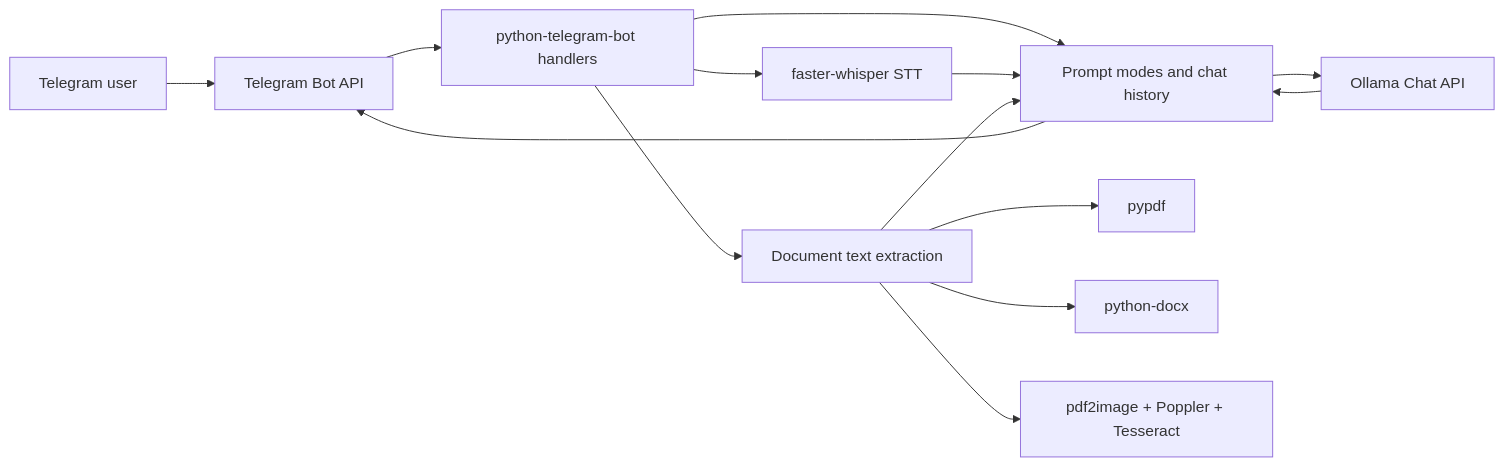
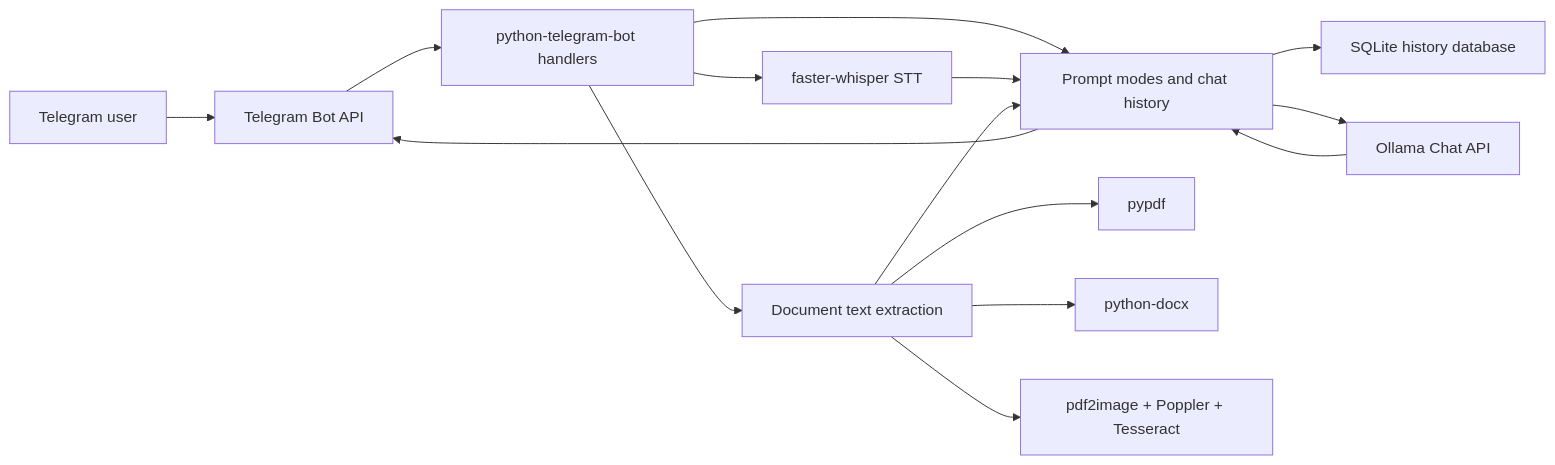
One commit to almiroshin/telegram-ollama-bot changed the diagram in docs/ARCHITECTURE.md. Above: the diagram before and after it, drawn with Mermaid. The commit also changed other lines of this file and 13 other files, not shown here.

Commit message:
feat: persist chat history in SQLite

````diff
--- a/docs/ARCHITECTURE.md
+++ b/docs/ARCHITECTURE.md
@@ -9,16 +9,17 @@
 ```mermaid
 flowchart LR
     U["Telegram user"] --> TG["Telegram Bot API"]
     TG --> H["python-telegram-bot handlers"]
     H --> M["Prompt modes and chat history"]
+    M --> DB["SQLite history database"]
     M --> O["Ollama Chat API"]
     O --> M
     H --> V["faster-whisper STT"]
     H --> D["Document text extraction"]
     D --> PDF["pypdf"]
     D --> DOCX["python-docx"]
     D --> OCR["pdf2image + Poppler + Tesseract"]
     V --> M
     D --> M
     M --> TG
 ```
````
